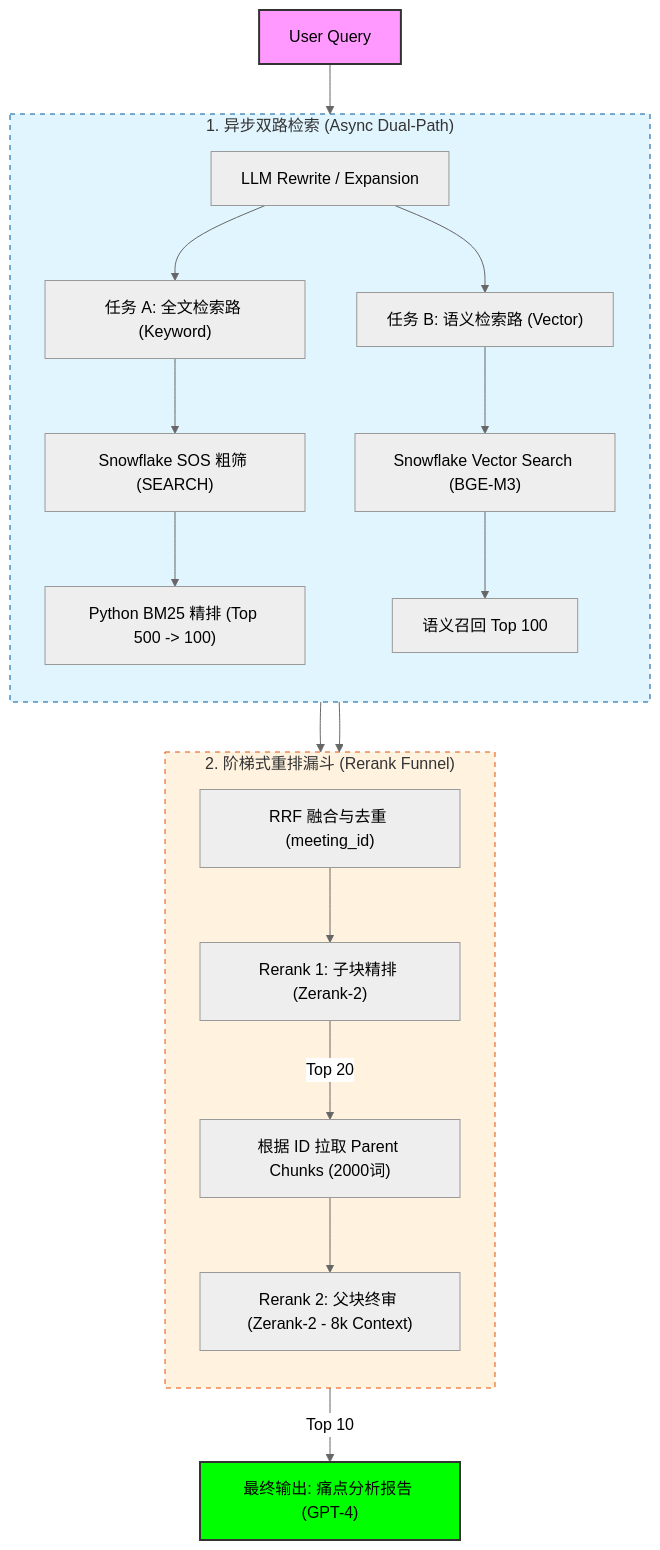
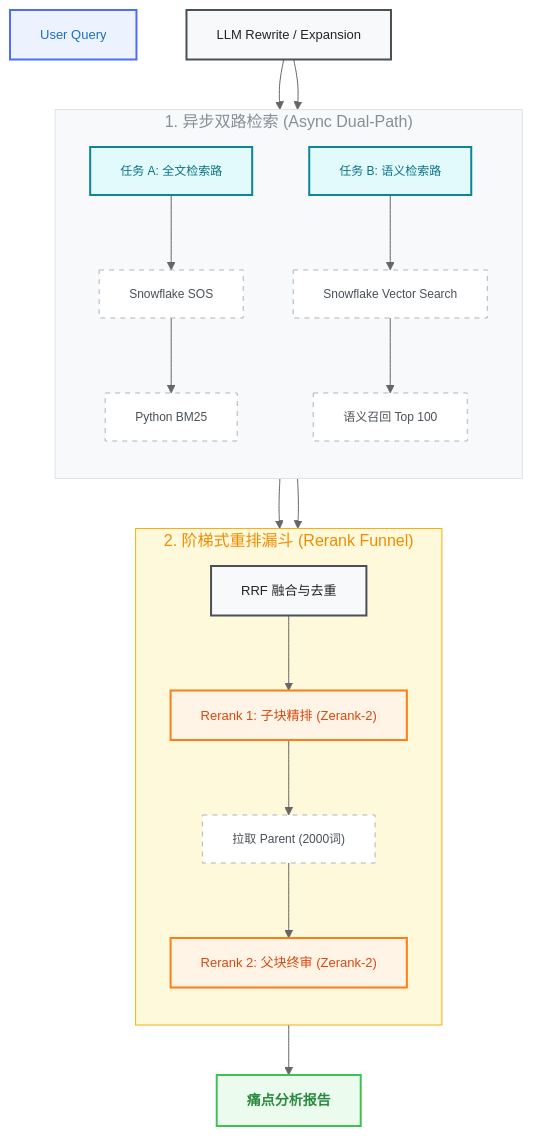
One commit to dataelvisliang/RAG-Architecture-Design-Transcript changed the diagram in RAG_Architecture_Design.md. Above: the diagram before and after it, drawn with Mermaid (neutral theme). The commit also changed 1 other file, not shown here.

Commit message:
Enhance Mermaid diagram aesthetics with a professional color palette and optimized font sizes

````diff
--- a/RAG_Architecture_Design.md
+++ b/RAG_Architecture_Design.md
@@ -7,33 +7,49 @@
 ```mermaid
 graph TD
-    UserQuery["User Query"] --> LLM_Rewrite["LLM Rewrite / Expansion"]
+    %% Node Definitions
+    UserQuery["User Query"]:::input
+    LLM_Rewrite["LLM Rewrite / Expansion"]:::process
     
     subgraph Retrieval_Stage["1. 异步双路检索 (Async Dual-Path)"]
         direction TB
-        LLM_Rewrite --> TaskA["任务 A: 全文检索路 (Keyword)"]
-        LLM_Rewrite --> TaskB["任务 B: 语义检索路 (Vector)"]
+        TaskA["任务 A: 全文检索路"]:::subtask
+        TaskB["任务 B: 语义检索路"]:::subtask
         
-        TaskA --> SOS["Snowflake SOS 粗筛 (SEARCH)"]
-        SOS --> BM25["Python BM25 精排 (Top 500 -> 100)"]
+        SOS["Snowflake SOS"]:::internal
+        BM25["Python BM25"]:::internal
+        VectorSearch["Snowflake Vector Search"]:::internal
+        SemanticTop["语义召回 Top 100"]:::internal
         
-        TaskB --> VectorSearch["Snowflake Vector Search (BGE-M3)"]
-        VectorSearch --> SemanticTop["语义召回 Top 100"]
+        TaskA --> SOS --> BM25
+        TaskB --> VectorSearch --> SemanticTop
     end
+
+    LLM_Rewrite --> TaskA
+    LLM_Rewrite --> TaskB
     
-    BM25 --> RRF["RRF 融合与去重 (meeting_id)"]
+    BM25 --> RRF["RRF 融合与去重"]:::process
     SemanticTop --> RRF
     
     subgraph Rerank_Funnel["2. 阶梯式重排漏斗 (Rerank Funnel)"]
         direction TB
-        RRF --> Rerank1["Rerank 1: 子块精排 (Zerank-2)"]
-        Rerank1 -->|Top 20| PullParent["根据 ID 拉取 Parent Chunks (2000词)"]
-        PullParent --> Rerank2["Rerank 2: 父块终审 (Zerank-2 - 8k Context)"]
+        Rerank1["Rerank 1: 子块精排 (Zerank-2)"]:::rerank
+        PullParent["拉取 Parent (2000词)"]:::internal
+        Rerank2["Rerank 2: 父块终审 (Zerank-2)"]:::rerank
+        
+        RRF --> Rerank1 --> PullParent --> Rerank2
     end
     
-    Rerank2 -->|Top 10| FinalOutput["最终输出: 痛点分析报告 (GPT-4)"]
+    Rerank2 --> FinalOutput["痛点分析报告"]:::output
 
-    style UserQuery fill:#f9f,stroke:#333,stroke-width:2px
-    style FinalOutput fill:#00ff00,stroke:#333,stroke-width:2px
-    style Retrieval_Stage fill:#e1f5fe,stroke:#01579b,stroke-dasharray: 5 5
-    style Rerank_Funnel fill:#fff3e0,stroke:#e65100,stroke-dasharray: 5 5
+    %% Class Definitions for Premium Look
+    classDef input fill:#EDF2FF,stroke:#4C6EF5,stroke-width:2px,color:#1971C2,font-size:13px;
+    classDef process fill:#F8F9FA,stroke:#495057,stroke-width:2px,color:#212529,font-size:13px;
+    classDef subtask fill:#E3FAFC,stroke:#0C8599,stroke-width:2px,color:#0B7285,font-size:12px;
+    classDef internal fill:#FFF,stroke:#ADB5BD,stroke-width:1px,color:#495057,font-size:12px,stroke-dasharray: 5 5;
+    classDef rerank fill:#FFF4E6,stroke:#FD7E14,stroke-width:2px,color:#D9480F,font-size:13px;
+    classDef output fill:#EBFBEE,stroke:#40C057,stroke-width:2px,color:#2B8A3E,font-size:14px,font-weight:bold;
+
+    %% Subgraph Styling
+    style Retrieval_Stage fill:#f8f9fa,stroke:#dee2e6,stroke-width:1px,color:#868e96
+    style Rerank_Funnel fill:#fff9db,stroke:#fab005,stroke-width:1px,color:#f08c00
 ```
````
